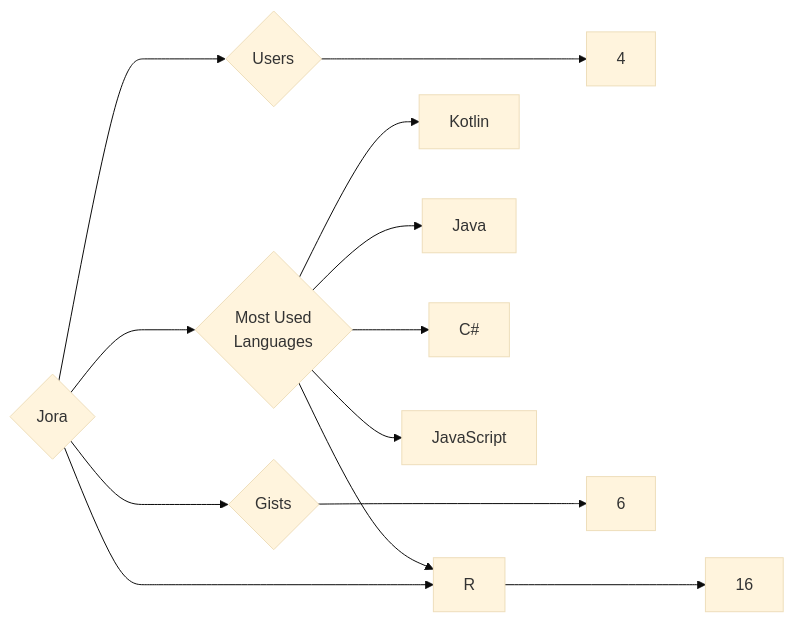
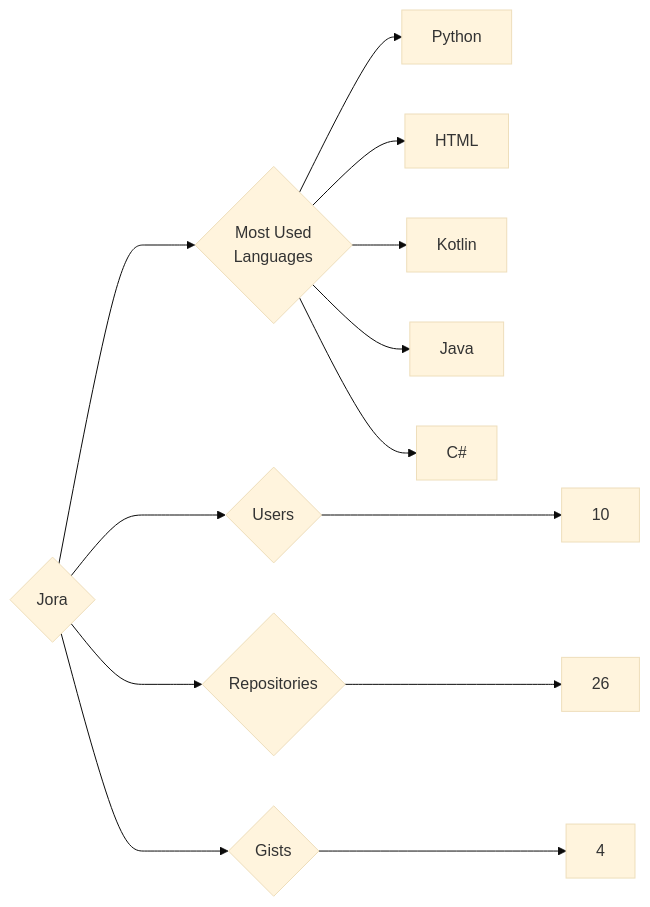
One commit to trickest/insiders changed the diagram in targets/Jora/README.md. Above: the diagram before and after it, drawn with Mermaid (base theme). The commit also changed 861 other files, not shown here.

````diff
--- a/targets/Jora/README.md
+++ b/targets/Jora/README.md
@@ -3,13 +3,13 @@
 ```mermaid
 graph LR
 COMPANY_NAME{Jora}
-COMPANY_NAME ---> U{Users} ---> UN[4]
-COMPANY_NAME ---> R{Repositories} ---> RN[16]
-COMPANY_NAME ---> G{Gists} ---> GN[6]
+COMPANY_NAME ---> U{Users} ---> UN[10]
+COMPANY_NAME ---> R{Repositories} ---> RN[26]
+COMPANY_NAME ---> G{Gists} ---> GN[4]
 COMPANY_NAME ---> ML{Most Used<br>Languages}
+ML --> Python[Python]
+ML --> HTML[HTML]
 ML --> Kotlin[Kotlin]
 ML --> Java[Java]
 ML --> C#[C#]
-ML --> R[R]
-ML --> JavaScript[JavaScript]
 ```
````
